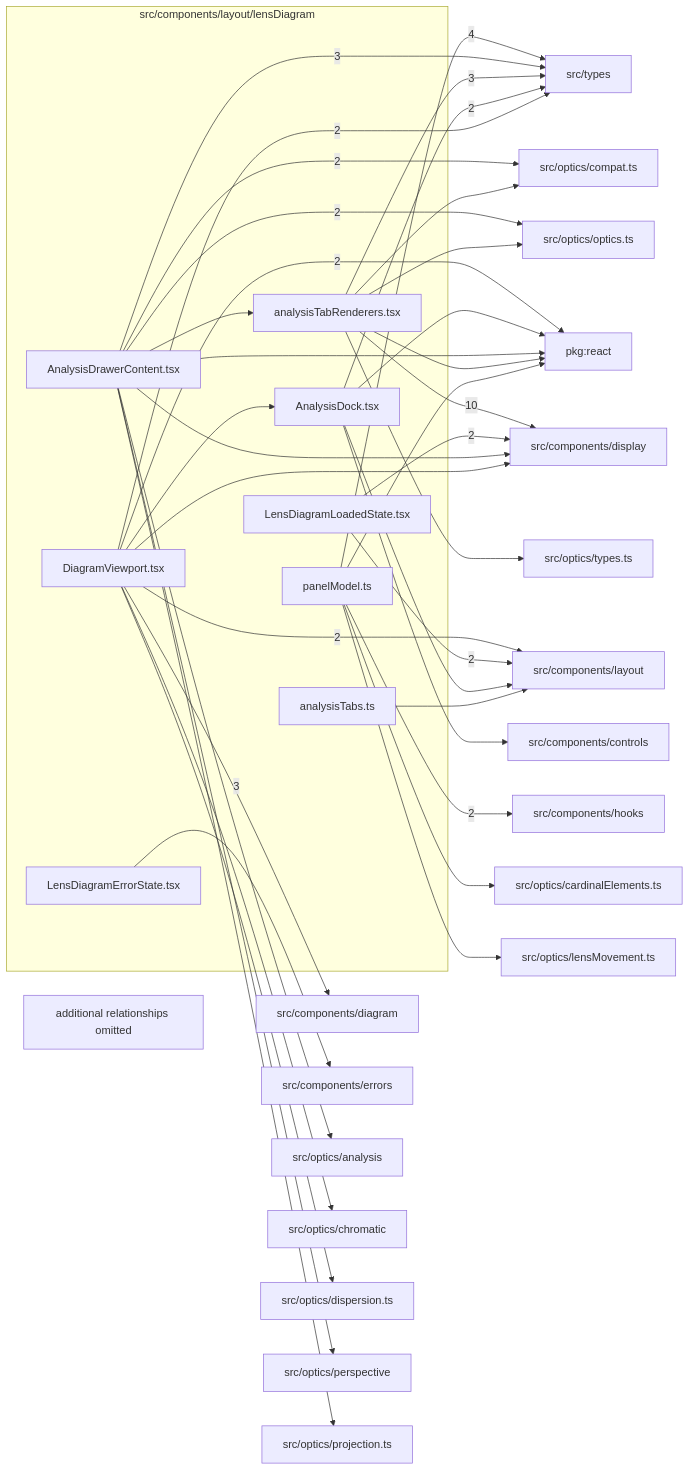
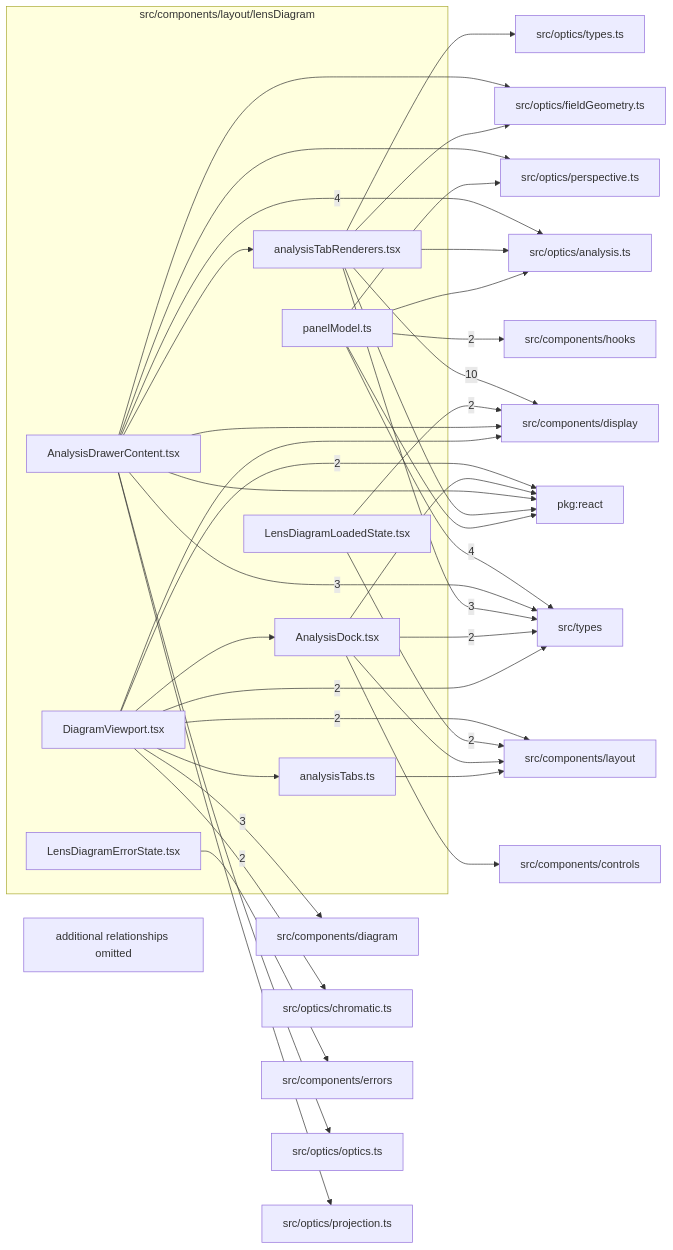
One commit to ronbuening/LensVisualizer changed the diagram in src/components/layout/lensDiagram/readme.md. Above: the diagram before and after it, drawn with Mermaid. The commit also changed other lines of this file and 439 other files, not shown here.

````diff
--- a/src/components/layout/lensDiagram/readme.md
+++ b/src/components/layout/lensDiagram/readme.md
@@ -9,68 +9,65 @@
 ```mermaid
 flowchart LR
   subgraph n_src_components_layout_lensDiagram["src/components/layout/lensDiagram"]
     n_src_components_layout_lensDiagram_src_components_layout_lensDiagram_AnalysisDock_tsx["AnalysisDock.tsx"]
     n_src_components_layout_lensDiagram_src_components_layout_lensDiagram_AnalysisDrawerContent_tsx["AnalysisDrawerContent.tsx"]
     n_src_components_layout_lensDiagram_src_components_layout_lensDiagram_analysisTabRenderers_tsx["analysisTabRenderers.tsx"]
     n_src_components_layout_lensDiagram_src_components_layout_lensDiagram_analysisTabs_ts["analysisTabs.ts"]
     n_src_components_layout_lensDiagram_src_components_layout_lensDiagram_DiagramViewport_tsx["DiagramViewport.tsx"]
     n_src_components_layout_lensDiagram_src_components_layout_lensDiagram_LensDiagramErrorState_tsx["LensDiagramErrorState.tsx"]
     n_src_components_layout_lensDiagram_src_components_layout_lensDiagram_LensDiagramLoadedState_tsx["LensDiagramLoadedState.tsx"]
     n_src_components_layout_lensDiagram_src_components_layout_lensDiagram_panelModel_ts["panelModel.ts"]
   end
   n_external_src_components_display["src/components/display"]
+  n_external_src_optics_analysis_ts["src/optics/analysis.ts"]
   n_external_src_types["src/types"]
   n_external_src_components_diagram["src/components/diagram"]
   n_external_pkg_react["pkg:react"]
   n_external_src_components_hooks["src/components/hooks"]
   n_external_src_components_layout["src/components/layout"]
-  n_external_src_optics_compat_ts["src/optics/compat.ts"]
-  n_external_src_optics_optics_ts["src/optics/optics.ts"]
+  n_external_src_optics_chromatic_ts["src/optics/chromatic.ts"]
   n_external_src_components_controls["src/components/controls"]
   n_external_src_components_errors["src/components/errors"]
-  n_external_src_optics_analysis["src/optics/analysis"]
-  n_external_src_optics_cardinalElements_ts["src/optics/cardinalElements.ts"]
-  n_external_src_optics_chromatic["src/optics/chromatic"]
-  n_external_src_optics_dispersion_ts["src/optics/dispersion.ts"]
-  n_external_src_optics_lensMovement_ts["src/optics/lensMovement.ts"]
-  n_external_src_optics_perspective["src/optics/perspective"]
+  n_external_src_optics_fieldGeometry_ts["src/optics/fieldGeometry.ts"]
+  n_external_src_optics_optics_ts["src/optics/optics.ts"]
+  n_external_src_optics_perspective_ts["src/optics/perspective.ts"]
   n_external_src_optics_projection_ts["src/optics/projection.ts"]
   n_external_src_optics_types_ts["src/optics/types.ts"]
   n_src_components_layout_lensDiagram_src_components_layout_lensDiagram_analysisTabRenderers_tsx --> |10| n_external_src_components_display
+  n_src_components_layout_lensDiagram_src_components_layout_lensDiagram_AnalysisDrawerContent_tsx --> |4| n_external_src_optics_analysis_ts
   n_src_components_layout_lensDiagram_src_components_layout_lensDiagram_panelModel_ts --> |4| n_external_src_types
   n_src_components_layout_lensDiagram_src_components_layout_lensDiagram_DiagramViewport_tsx --> |3| n_external_src_components_diagram
   n_src_components_layout_lensDiagram_src_components_layout_lensDiagram_AnalysisDrawerContent_tsx --> |3| n_external_src_types
   n_src_components_layout_lensDiagram_src_components_layout_lensDiagram_analysisTabRenderers_tsx --> |3| n_external_src_types
   n_src_components_layout_lensDiagram_src_components_layout_lensDiagram_DiagramViewport_tsx --> |2| n_external_pkg_react
   n_src_components_layout_lensDiagram_src_components_layout_lensDiagram_LensDiagramLoadedState_tsx --> |2| n_external_src_components_display
   n_src_components_layout_lensDiagram_src_components_layout_lensDiagram_panelModel_ts --> |2| n_external_src_components_hooks
   n_src_components_layout_lensDiagram_src_components_layout_lensDiagram_DiagramViewport_tsx --> |2| n_external_src_components_layout
   n_src_components_layout_lensDiagram_src_components_layout_lensDiagram_LensDiagramLoadedState_tsx --> |2| n_external_src_components_layout
-  n_src_components_layout_lensDiagram_src_components_layout_lensDiagram_AnalysisDrawerContent_tsx --> |2| n_external_src_optics_compat_ts
-  n_src_components_layout_lensDiagram_src_components_layout_lensDiagram_AnalysisDrawerContent_tsx --> |2| n_external_src_optics_optics_ts
+  n_src_components_layout_lensDiagram_src_components_layout_lensDiagram_DiagramViewport_tsx --> |2| n_external_src_optics_chromatic_ts
   n_src_components_layout_lensDiagram_src_components_layout_lensDiagram_AnalysisDock_tsx --> |2| n_external_src_types
   n_src_components_layout_lensDiagram_src_components_layout_lensDiagram_DiagramViewport_tsx --> |2| n_external_src_types
   n_src_components_layout_lensDiagram_src_components_layout_lensDiagram_AnalysisDock_tsx --> n_external_pkg_react
   n_src_components_layout_lensDiagram_src_components_layout_lensDiagram_AnalysisDrawerContent_tsx --> n_external_pkg_react
   n_src_components_layout_lensDiagram_src_components_layout_lensDiagram_analysisTabRenderers_tsx --> n_external_pkg_react
   n_src_components_layout_lensDiagram_src_components_layout_lensDiagram_panelModel_ts --> n_external_pkg_react
   n_src_components_layout_lensDiagram_src_components_layout_lensDiagram_AnalysisDock_tsx --> n_external_src_components_controls
   n_src_components_layout_lensDiagram_src_components_layout_lensDiagram_AnalysisDrawerContent_tsx --> n_external_src_components_display
   n_src_components_layout_lensDiagram_src_components_layout_lensDiagram_DiagramViewport_tsx --> n_external_src_components_display
   n_src_components_layout_lensDiagram_src_components_layout_lensDiagram_LensDiagramErrorState_tsx --> n_external_src_components_errors
   n_src_components_layout_lensDiagram_src_components_layout_lensDiagram_AnalysisDock_tsx --> n_external_src_components_layout
   n_src_components_layout_lensDiagram_src_components_layout_lensDiagram_analysisTabs_ts --> n_external_src_components_layout
-  n_src_components_layout_lensDiagram_src_components_layout_lensDiagram_AnalysisDrawerContent_tsx --> n_external_src_optics_analysis
-  n_src_components_layout_lensDiagram_src_components_layout_lensDiagram_panelModel_ts --> n_external_src_optics_cardinalElements_ts
-  n_src_components_layout_lensDiagram_src_components_layout_lensDiagram_DiagramViewport_tsx --> n_external_src_optics_chromatic
-  n_src_components_layout_lensDiagram_src_components_layout_lensDiagram_analysisTabRenderers_tsx --> n_external_src_optics_compat_ts
-  n_src_components_layout_lensDiagram_src_components_layout_lensDiagram_DiagramViewport_tsx --> n_external_src_optics_dispersion_ts
-  n_src_components_layout_lensDiagram_src_components_layout_lensDiagram_panelModel_ts --> n_external_src_optics_lensMovement_ts
-  n_src_components_layout_lensDiagram_src_components_layout_lensDiagram_analysisTabRenderers_tsx --> n_external_src_optics_optics_ts
-  n_src_components_layout_lensDiagram_src_components_layout_lensDiagram_AnalysisDrawerContent_tsx --> n_external_src_optics_perspective
+  n_src_components_layout_lensDiagram_src_components_layout_lensDiagram_analysisTabRenderers_tsx --> n_external_src_optics_analysis_ts
+  n_src_components_layout_lensDiagram_src_components_layout_lensDiagram_panelModel_ts --> n_external_src_optics_analysis_ts
+  n_src_components_layout_lensDiagram_src_components_layout_lensDiagram_AnalysisDrawerContent_tsx --> n_external_src_optics_fieldGeometry_ts
+  n_src_components_layout_lensDiagram_src_components_layout_lensDiagram_analysisTabRenderers_tsx --> n_external_src_optics_fieldGeometry_ts
+  n_src_components_layout_lensDiagram_src_components_layout_lensDiagram_AnalysisDrawerContent_tsx --> n_external_src_optics_optics_ts
+  n_src_components_layout_lensDiagram_src_components_layout_lensDiagram_AnalysisDrawerContent_tsx --> n_external_src_optics_perspective_ts
+  n_src_components_layout_lensDiagram_src_components_layout_lensDiagram_panelModel_ts --> n_external_src_optics_perspective_ts
   n_src_components_layout_lensDiagram_src_components_layout_lensDiagram_AnalysisDrawerContent_tsx --> n_external_src_optics_projection_ts
   n_src_components_layout_lensDiagram_src_components_layout_lensDiagram_analysisTabRenderers_tsx --> n_external_src_optics_types_ts
   n_src_components_layout_lensDiagram_src_components_layout_lensDiagram_DiagramViewport_tsx --> n_src_components_layout_lensDiagram_src_components_layout_lensDiagram_AnalysisDock_tsx
   n_src_components_layout_lensDiagram_src_components_layout_lensDiagram_AnalysisDrawerContent_tsx --> n_src_components_layout_lensDiagram_src_components_layout_lensDiagram_analysisTabRenderers_tsx
+  n_src_components_layout_lensDiagram_src_components_layout_lensDiagram_DiagramViewport_tsx --> n_src_components_layout_lensDiagram_src_components_layout_lensDiagram_analysisTabs_ts
   n_src_components_layout_lensDiagram_truncated["additional relationships omitted"]
 ```
````
